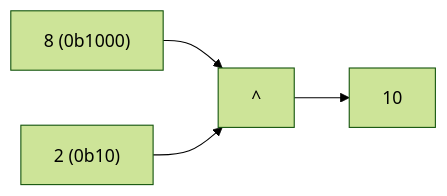
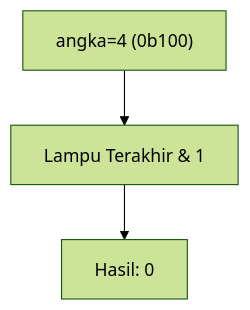
Before and after one commit to amnahwaida/OSNK_INF_PREP: the sixth of 25 diagrams in part-c-pemahaman-cpp/06-bitwise/latihan/set-10.md, drawn with Mermaid (forest theme). The commit also changed other lines of this file and 71 other files, not shown here.

````diff
--- a/part-c-pemahaman-cpp/06-bitwise/latihan/set-10.md
+++ b/part-c-pemahaman-cpp/06-bitwise/latihan/set-10.md
@@ -152,6 +157,5 @@
 ```mermaid
-graph LR
-A["8 (0b1000)"] --> C["^"]
-B["2 (0b10)"] --> C
-C --> D["10"]
+graph TD
+A["angka=4 (0b100)"] --> B["Lampu Terakhir & 1"]
+B --> C["Hasil: 0"]
 ```
````
